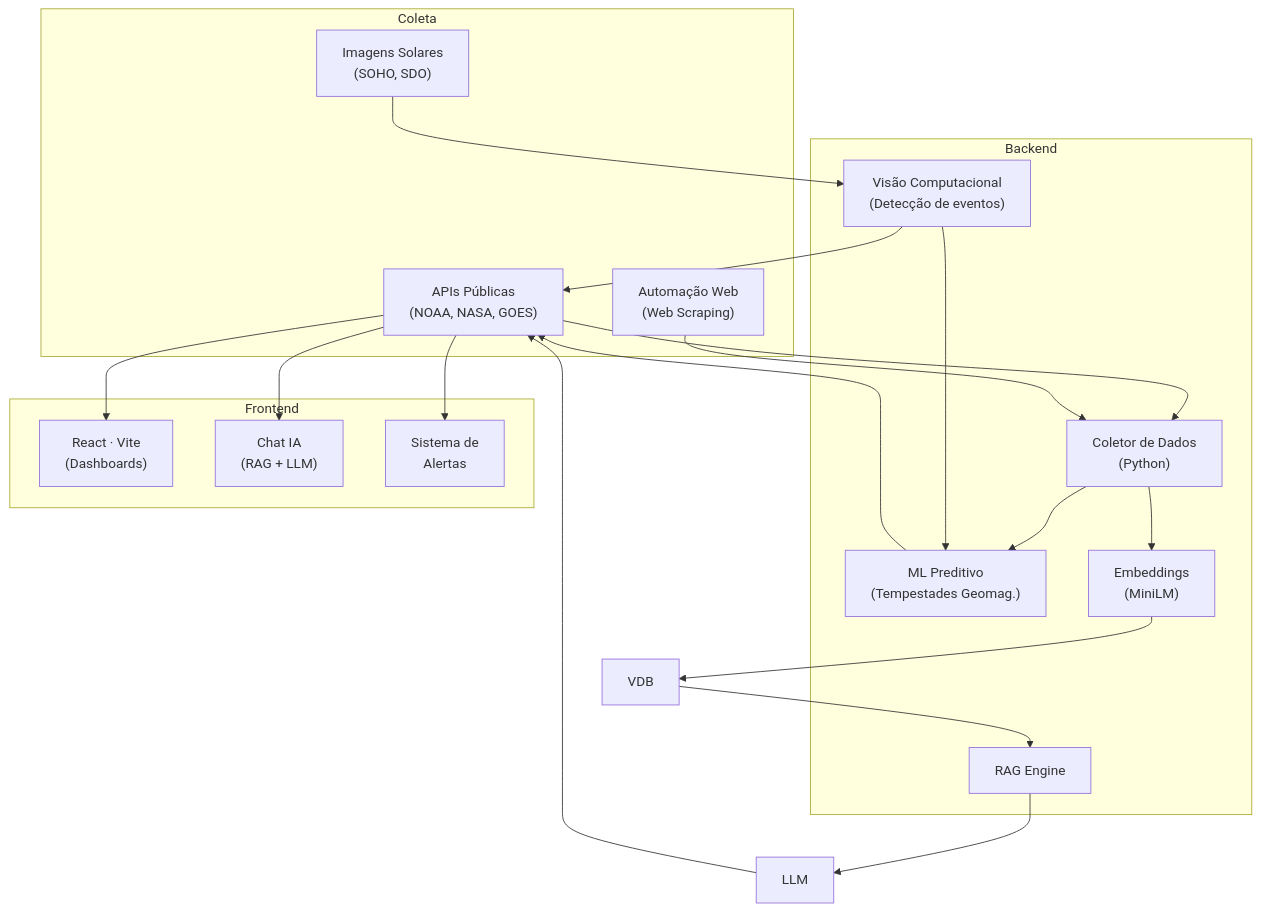
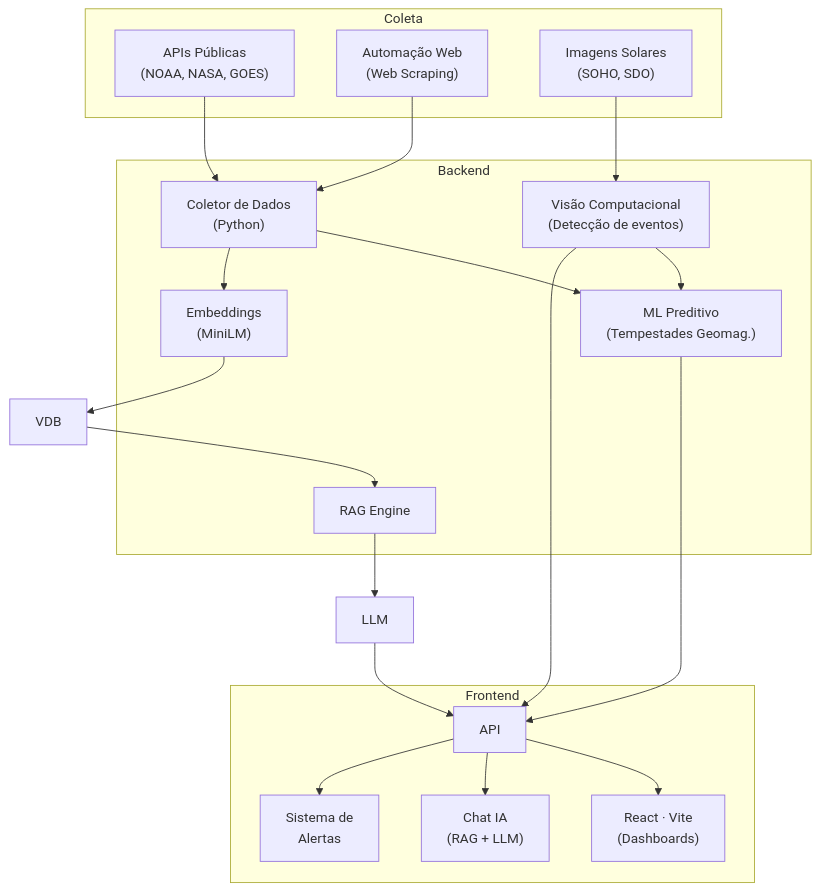
Before and after one commit to ReMendess/space-climate-monitor: the diagram in README.md, drawn with Mermaid.

````diff
--- a/README.md
+++ b/README.md
@@ -187,38 +187,38 @@
 ```mermaid
 flowchart TB
     subgraph Coleta
-        API["APIs Públicas<br>(NOAA, NASA, GOES)"]
+        API_Nasa["APIs Públicas<br>(NOAA, NASA, GOES)"]
         WEB["Automação Web<br>(Web Scraping)"]
         IMG["Imagens Solares<br>(SOHO, SDO)"]
     end
 
     subgraph Backend
         COL["Coletor de Dados<br>(Python)"]
         CV["Visão Computacional<br>(Detecção de eventos)"]
         ML["ML Preditivo<br>(Tempestades Geomag.)"]
         EMB["Embeddings<br>(MiniLM)"]
         RAG["RAG Engine"]
     end
 
     subgraph Frontend
         API
         REACT["React · Vite<br>(Dashboards)"]
         CHAT["Chat IA<br>(RAG + LLM)"]
         ALERT["Sistema de<br>Alertas"]
     end
 
-    API --> COL
+    API_Nasa --> COL
     WEB --> COL
     IMG --> CV
     COL --> ML
     COL --> EMB --> VDB
     CV --> ML
     VDB --> RAG
     RAG --> LLM
     ML --> API
     LLM --> API
     CV --> API
     API --> REACT
     API --> CHAT
     API --> ALERT
 ```
````
